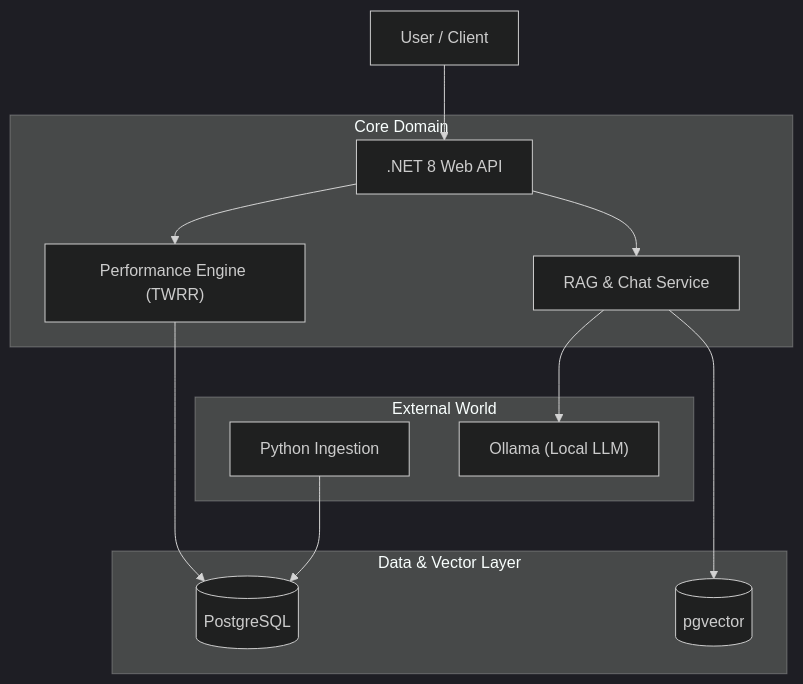
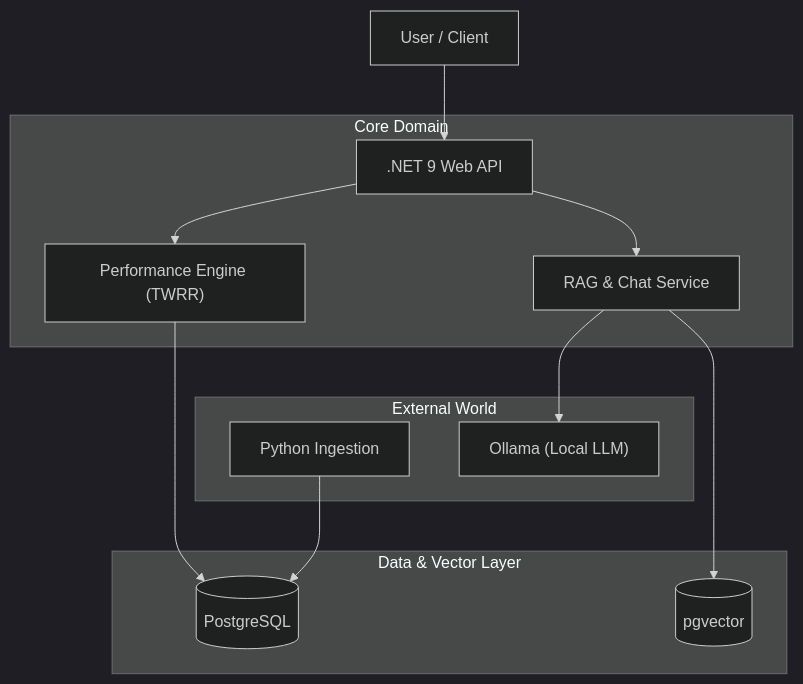
One commit to simoneriggi92/etf-insight-platform changed the diagram in README.md. Above: the diagram before and after it, drawn with Mermaid (dark theme).

Commit message:
Update .NET version from 8 to 9 in README

````diff
--- a/README.md
+++ b/README.md
@@ -30,19 +30,19 @@
 ```mermaid
 graph TD
-    User[User / Client] --> API[.NET 8 Web API]
+    User[User / Client] --> API[.NET 9 Web API]
 
     subgraph CoreDomain["Core Domain"]
         API --> Engine["Performance Engine (TWRR)"]
         API --> RAG["RAG & Chat Service"]
     end
 
     subgraph DataVector["Data & Vector Layer"]
         Engine --> DB[(PostgreSQL)]
         RAG --> VectorDB[(pgvector)]
     end
 
     subgraph ExternalWorld["External World"]
         Scraper["Python Ingestion"] --> DB
         RAG --> Ollama["Ollama (Local LLM)"]
     end
 ```
````
